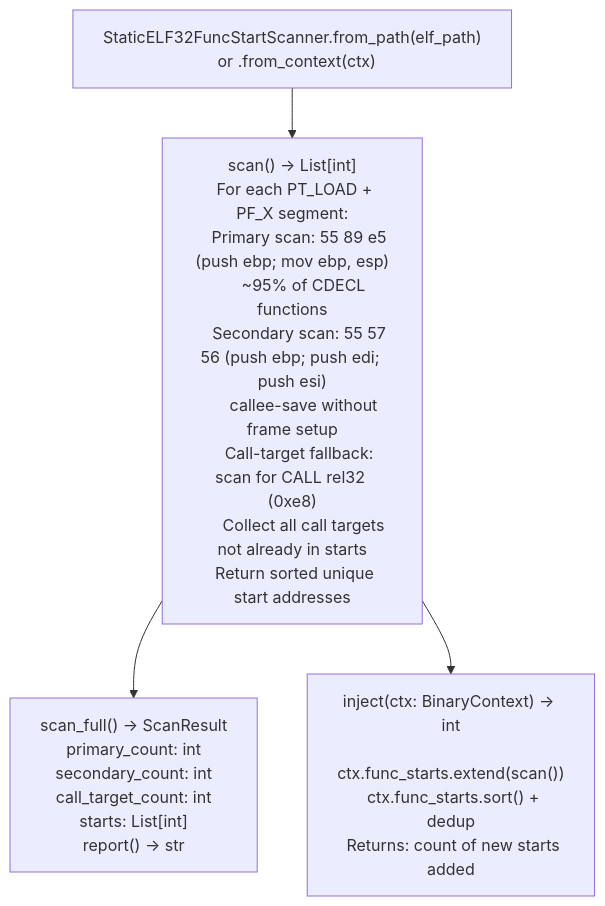
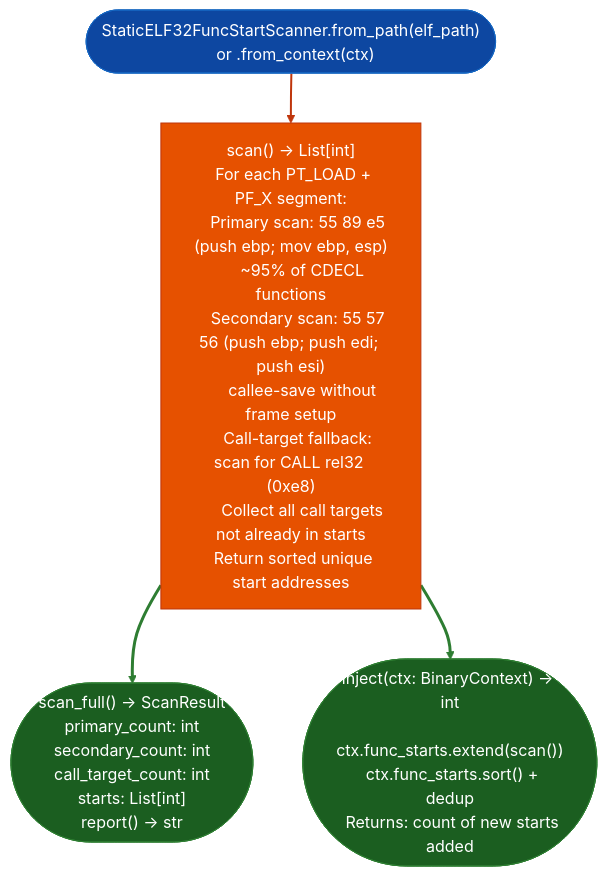
One commit to Ablation-Tool/ablation changed the diagram in docs/reference-modules/i386-absolute-cross-references.md. Above: the diagram before and after it, drawn with Mermaid. The commit also changed 320 other files, not shown here.

First line of the commit message:
docs: apply canonical Mermaid template to all 321 diagrams

````diff
--- a/docs/reference-modules/i386-absolute-cross-references.md
+++ b/docs/reference-modules/i386-absolute-cross-references.md
@@ -19,6 +19,15 @@
 ```mermaid
 flowchart TD
-    A["StaticELF32FuncStartScanner.from_path(elf_path)\n  or .from_context(ctx)"] --> B["scan() → List[int]\n  For each PT_LOAD + PF_X segment:\n    Primary scan: 55 89 e5 (push ebp; mov ebp, esp)\n      ~95% of CDECL functions\n    Secondary scan: 55 57 56 (push ebp; push edi; push esi)\n      callee-save without frame setup\n    Call-target fallback: scan for CALL rel32 (0xe8)\n      Collect all call targets not already in starts\n  Return sorted unique start addresses"]
-    B --> C["scan_full() → ScanResult\n  primary_count: int\n  secondary_count: int\n  call_target_count: int\n  starts: List[int]\n  report() → str"]
-    B --> D["inject(ctx: BinaryContext) → int\n  ctx.func_starts.extend(scan())\n  ctx.func_starts.sort() + dedup\n  Returns: count of new starts added"]
+    A(["StaticELF32FuncStartScanner.from_path(elf_path)\n  or .from_context(ctx)"]):::input --> B["scan() → List[int]\n  For each PT_LOAD + PF_X segment:\n    Primary scan: 55 89 e5 (push ebp; mov ebp, esp)\n      ~95% of CDECL functions\n    Secondary scan: 55 57 56 (push ebp; push edi; push esi)\n      callee-save without frame setup\n    Call-target fallback: scan for CALL rel32 (0xe8)\n      Collect all call targets not already in starts\n  Return sorted unique start addresses"]:::primary
+    B:::primary --> C(["scan_full() → ScanResult\n  primary_count: int\n  secondary_count: int\n  call_target_count: int\n  starts: List[int]\n  report() → str"]):::output
+    B:::primary --> D(["inject(ctx: BinaryContext) → int\n  ctx.func_starts.extend(scan())\n  ctx.func_starts.sort() + dedup\n  Returns: count of new starts added"]):::output
+    classDef input     fill:#0d47a1,stroke:#1565c0,color:#fff
+    classDef primary   fill:#e65100,stroke:#bf360c,color:#fff
+    classDef secondary fill:#004d40,stroke:#00695c,color:#fff
+    classDef tertiary  fill:#4a148c,stroke:#6a1b9a,color:#fff
+    classDef neutral   fill:#37474f,stroke:#546e7a,color:#fff
+    classDef output    fill:#1b5e20,stroke:#2e7d32,color:#fff
+    linkStyle 0 stroke:#bf360c,stroke-width:2px
+    linkStyle 1 stroke:#2e7d32,stroke-width:3px
+    linkStyle 2 stroke:#2e7d32,stroke-width:3px
 ```
````
